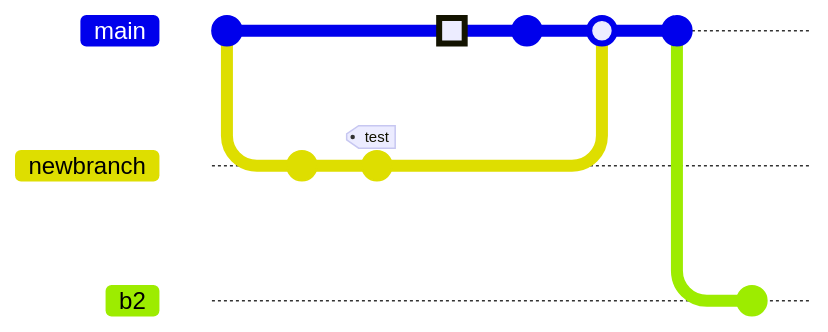
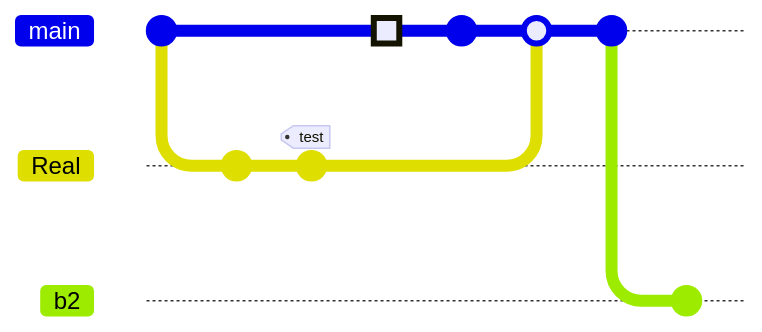
Before and after one commit to sarnobat/atleticomadrid: the diagram in README.md, drawn with Mermaid. Commit ids are hidden.

````diff
--- a/README.md
+++ b/README.md
@@ -6,15 +6,15 @@
 ```mermaid
 gitGraph:
     commit "Ashish"
-    branch newbranch
-    checkout newbranch
+    branch Real
+    checkout Real
     commit id:"1111"
     commit tag:"test"
     checkout main
     commit type: HIGHLIGHT
     commit
-    merge newbranch
+    merge Real
     commit
     branch b2
     commit
 ```
````
